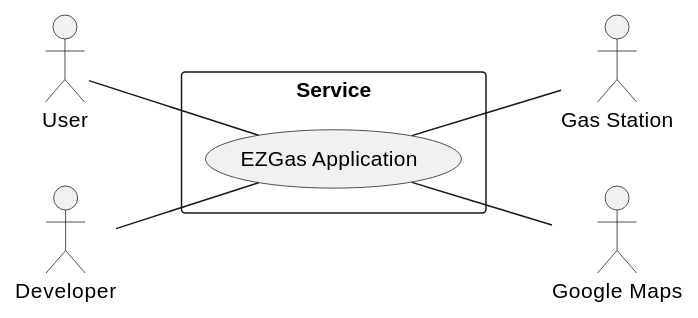
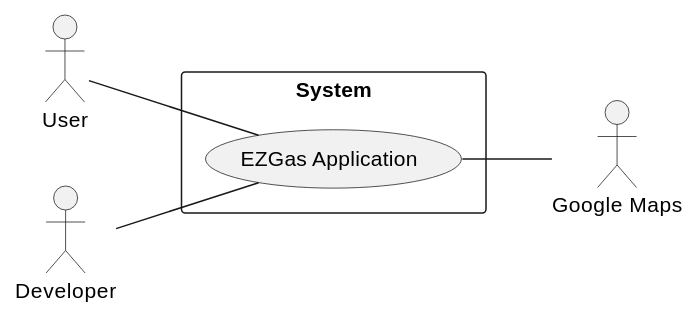
One commit to SoftengPoliTo/Lab2 changed the first of 3 diagrams in REQ_s277943.md. Above: the diagram before and after it, drawn with PlantUML. The commit also changed other lines of this file, not shown here.

````diff
--- a/REQ_s277943.md
+++ b/REQ_s277943.md
@@ -54,14 +63,12 @@
 ```plantuml
 left to right direction
 skinparam packageStyle rectangle
 actor User
 actor Developer
-actor "Gas Station" as GS
 actor "Google Maps" as GM
-rectangle Service {
+rectangle System {
     User -- (EZGas Application)
     Developer -- (EZGas Application)
-    (EZGas Application) -- GS
     (EZGas Application) -- GM
 }
 ```
````
